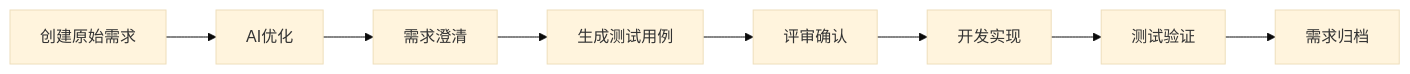
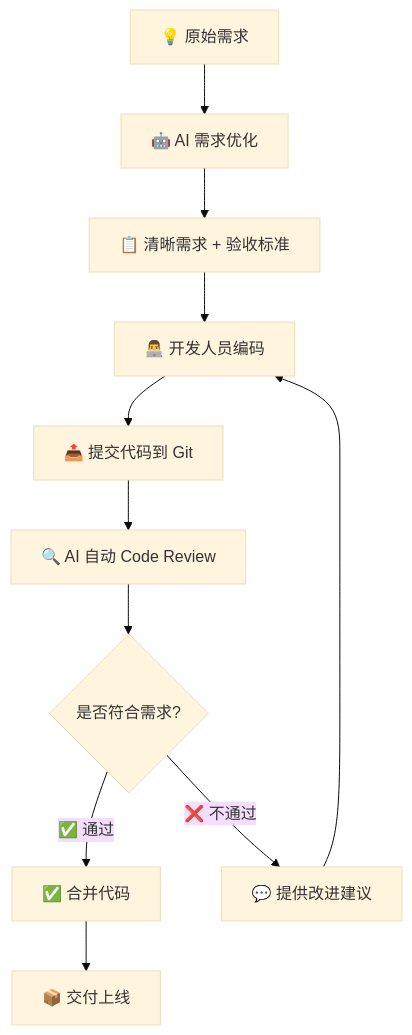
Before and after one commit to notechsolution/dev-flow: the diagram in DevFlow项目介绍PPT.md, drawn with Mermaid (base theme). The commit also changed other lines of this file, not shown here.

````diff
--- a/DevFlow项目介绍PPT.md
+++ b/DevFlow项目介绍PPT.md
@@ -244,10 +100,13 @@
 ```mermaid
-graph LR
-    A[创建原始需求] --> B[AI优化]
-    B --> C[需求澄清]
-    C --> D[生成测试用例]
-    D --> E[评审确认]
-    E --> F[开发实现]
-    F --> G[测试验证]
-    G --> H[需求归档]
+graph TB
+    A[💡 原始需求] --> B[🤖 AI 需求优化]
+    B --> C[📋 清晰需求 + 验收标准]
+    C --> D[👨‍💻 开发人员编码]
+    D --> E[📤 提交代码到 Git]
+    E --> F[🔍 AI 自动 Code Review]
+    F --> G{是否符合需求?}
+    G -->|✅ 通过| H[✅ 合并代码]
+    G -->|❌ 不通过| I[💬 提供改进建议]
+    I --> D
+    H --> J[📦 交付上线]
 ```
````
